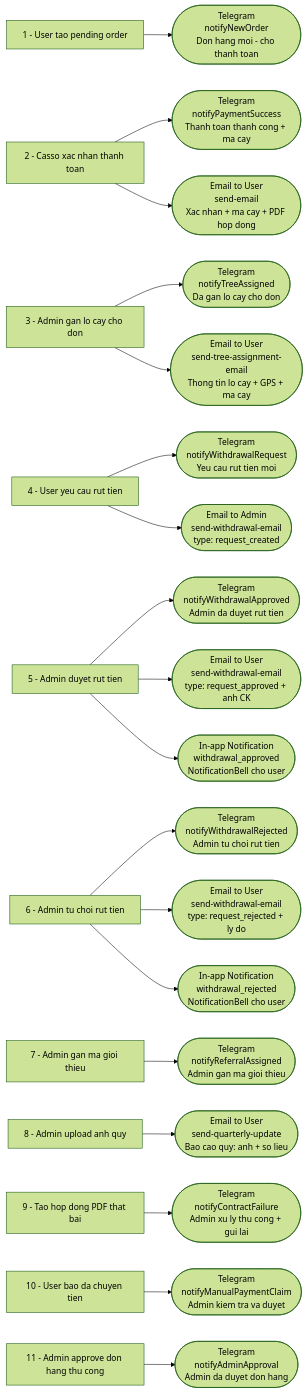
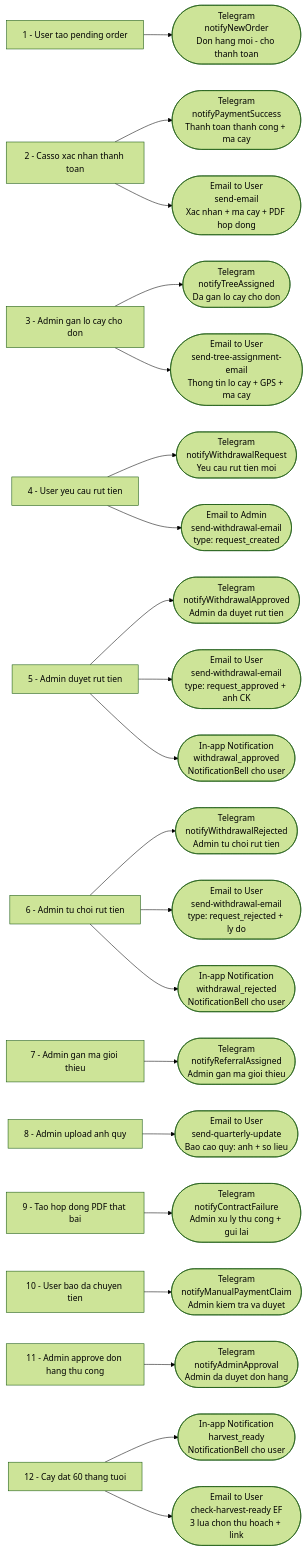
The tenth of 10 diagrams in docs/userflow.md (deptrai/dainganxanh), drawn with Mermaid (forest theme) before and after one commit. The commit also changed other lines of this file and 137 other files, not shown here.

````diff
--- a/docs/userflow.md
+++ b/docs/userflow.md
@@ -324,40 +339,43 @@
 ```mermaid
 flowchart LR
     EV1[1 - User tao pending order]
     EV2[2 - Casso xac nhan thanh toan]
     EV3[3 - Admin gan lo cay cho don]
     EV4[4 - User yeu cau rut tien]
     EV5[5 - Admin duyet rut tien]
     EV6[6 - Admin tu choi rut tien]
     EV7[7 - Admin gan ma gioi thieu]
     EV8[8 - Admin upload anh quy]
 
     EV1 --> T1([Telegram<br>notifyNewOrder<br>Don hang moi - cho thanh toan])
 
     EV2 --> T2([Telegram<br>notifyPaymentSuccess<br>Thanh toan thanh cong + ma cay])
     EV2 --> E1([Email to User<br>send-email<br>Xac nhan + ma cay + PDF hop dong])
 
     EV3 --> T3([Telegram<br>notifyTreeAssigned<br>Da gan lo cay cho don])
     EV3 --> E2([Email to User<br>send-tree-assignment-email<br>Thong tin lo cay + GPS + ma cay])
 
     EV4 --> T4([Telegram<br>notifyWithdrawalRequest<br>Yeu cau rut tien moi])
     EV4 --> E3([Email to Admin<br>send-withdrawal-email<br>type: request_created])
 
     EV5 --> T5([Telegram<br>notifyWithdrawalApproved<br>Admin da duyet rut tien])
     EV5 --> E4([Email to User<br>send-withdrawal-email<br>type: request_approved + anh CK])
     EV5 --> N1([In-app Notification<br>withdrawal_approved<br>NotificationBell cho user])
 
     EV6 --> T6([Telegram<br>notifyWithdrawalRejected<br>Admin tu choi rut tien])
     EV6 --> E5([Email to User<br>send-withdrawal-email<br>type: request_rejected + ly do])
     EV6 --> N2([In-app Notification<br>withdrawal_rejected<br>NotificationBell cho user])
 
     EV7 --> T7([Telegram<br>notifyReferralAssigned<br>Admin gan ma gioi thieu])
 
     EV8 --> E6([Email to User<br>send-quarterly-update<br>Bao cao quy: anh + so lieu])
 
     EV9[9 - Tao hop dong PDF that bai] --> T8([Telegram<br>notifyContractFailure<br>Admin xu ly thu cong + gui lai])
 
     EV10[10 - User bao da chuyen tien] --> T9([Telegram<br>notifyManualPaymentClaim<br>Admin kiem tra va duyet])
 
     EV11[11 - Admin approve don hang thu cong] --> T10([Telegram<br>notifyAdminApproval<br>Admin da duyet don hang])
+
+    EV12[12 - Cay dat 60 thang tuoi] --> N3([In-app Notification<br>harvest_ready<br>NotificationBell cho user])
+    EV12 --> E7([Email to User<br>check-harvest-ready EF<br>3 lua chon thu hoach + link])
 ```
````
